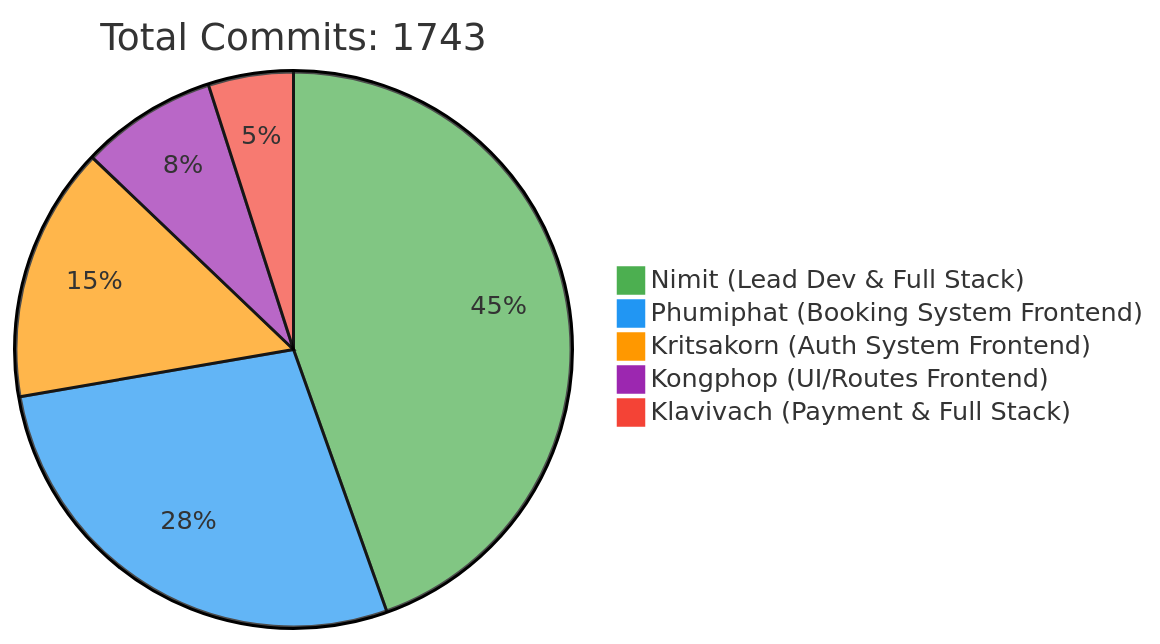
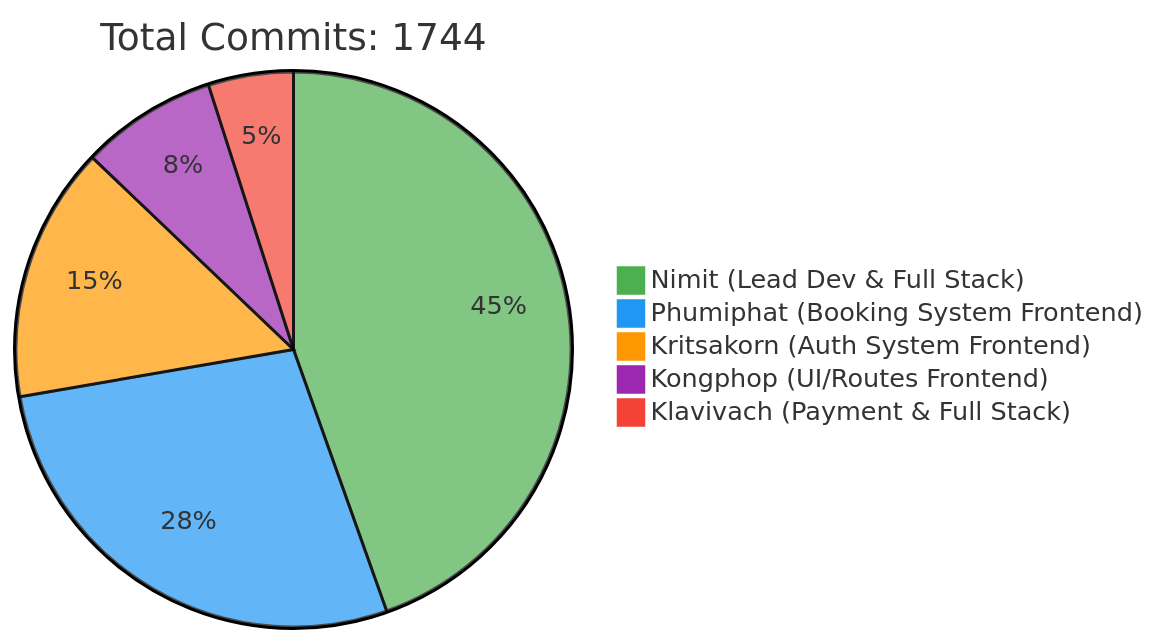
The first of 2 diagrams in README.md (6531503042/Sport-Complex), drawn with Mermaid before and after one commit. The commit also changed other lines of this file, not shown here.

Commit message:
docs: Update contributor statistics [skip ci]

````diff
--- a/README.md
+++ b/README.md
@@ -257,10 +257,10 @@
 ```mermaid
 %%{init: {'theme': 'base', 'themeVariables': { 'pie1': '#4CAF50', 'pie2': '#2196F3', 'pie3': '#FF9800', 'pie4': '#9C27B0', 'pie5': '#F44336'}}}%%
 pie
-    title Total Commits: 1743
+    title Total Commits: 1744
     "Nimit (Lead Dev & Full Stack)" : 450
     "Phumiphat (Booking System Frontend)" : 280
     "Kritsakorn (Auth System Frontend)" : 150
     "Kongphop (UI/Routes Frontend)" : 80
     "Klavivach (Payment & Full Stack)" : 50
 ```
````
